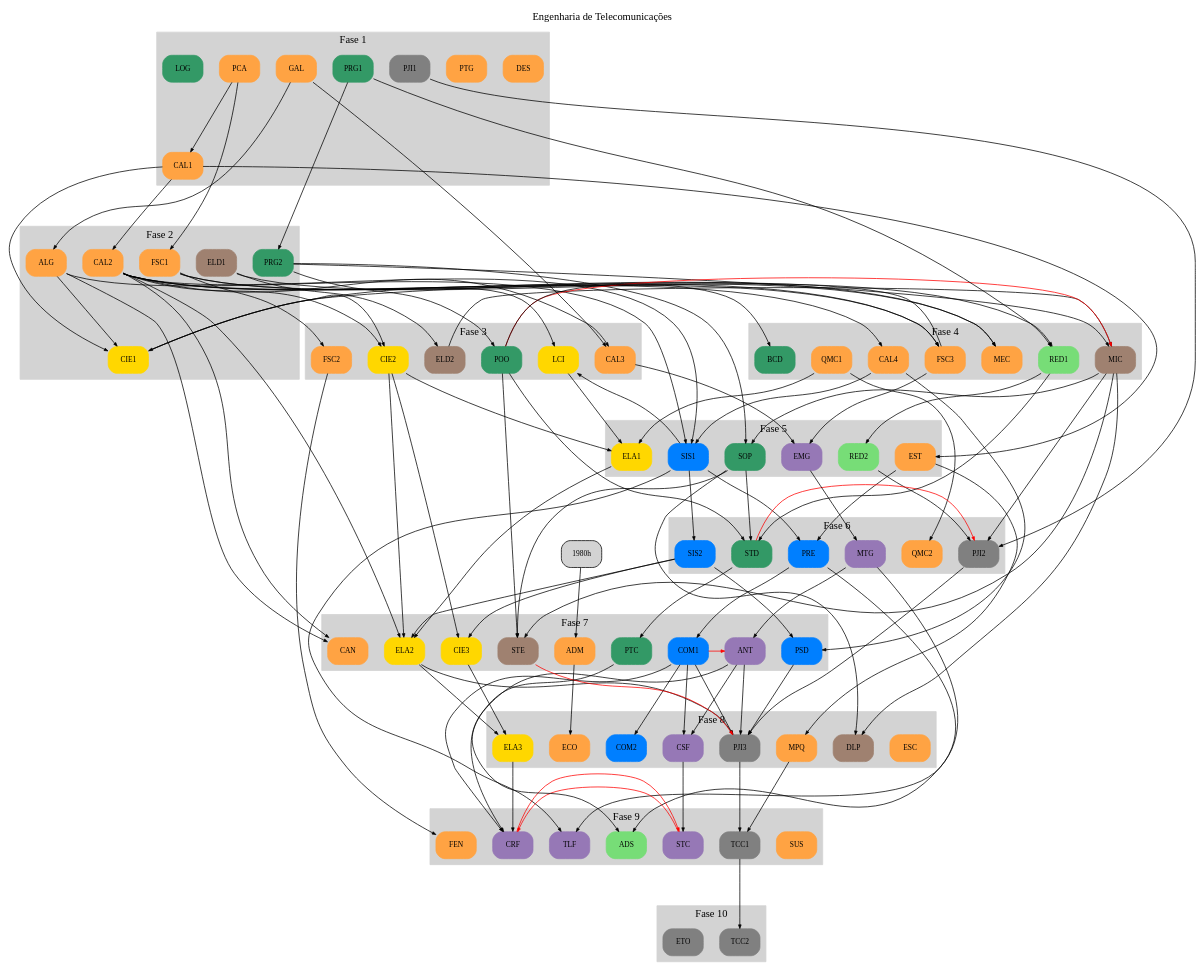
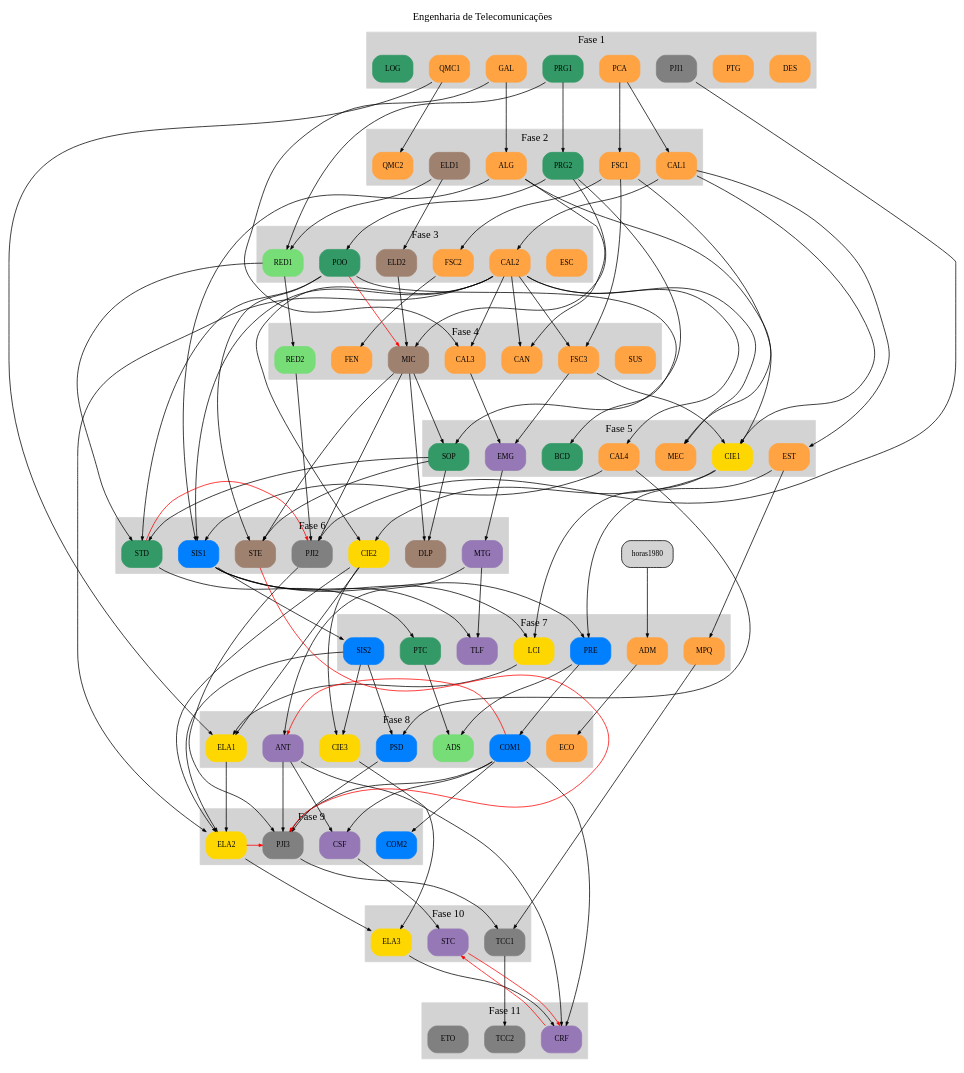
Before and after one commit to emersonmello/grade-dot-engtelecom: the diagram in engtelecom.dot, drawn with Graphviz.

Commit message:
PCL pré CAL1 - 11 fases

```diff
--- a/engtelecom.dot
+++ b/engtelecom.dot
@@ -2,7 +2,7 @@
     layout = dot  // circo, dot, fdp, neato, osage, sfdp, twopi
     label ="Engenharia de Telecomunicações"
     labelloc = t
-    graph [nodesep=0.3, ranksep=1.3, splines=lines] # ortho
+    graph [nodesep=0.3, ranksep=1.3]#, splines=ortho]#, splines=lines] # ortho
     node [labelloc=c fontsize=10, style=filled, shape=box, style="rounded,filled"]
     edge [arrowsize=.5]
 
@@ -10,7 +10,7 @@
     // Pré-requisitos
 
     // Eixo laranja
-    {"1980h"} -> ADM
+    {horas1980} -> ADM
     {} -> DES
     {} -> ESC
     {} -> PTG
@@ -57,8 +57,9 @@
     {} -> PJI1
     {PJI1 RED2 MIC} -> PJI2 # TODO colocar STD como pré-requisito
     {STD} -> PJI2 [color="#FF0000" constraint=false]
-    {PJI2 ANT ELA2 PSD COM1} -> PJI3 # recomendada DLP
+    {PJI2 ANT PSD COM1} -> PJI3 # recomendada DLP # TODO Colocamos ELA2 como coreq
     {STE} -> PJI3 [color="#FF0000" constraint=false]
+    {ELA2}-> PJI3 [color="#FF0000" constraint=false]
     {MPQ PJI3} -> TCC1 # TODO colocar CH como pré-requisito - tirei PTG
     {TCC1} -> TCC2
 
@@ -107,7 +108,7 @@
       style = filled
       color = lightgrey
 
-      LOG GAL DES PJI1 PTG PRG1 CAL1 PCA
+      LOG PCA PJI1 GAL PTG DES PRG1 QMC1
     }
 
     subgraph cluster_fase2 {
@@ -115,7 +116,7 @@
       style = filled
       color = lightgrey
 
-      CAL2 FSC1 ALG ELD1 CIE1 PRG2
+      CAL1 FSC1 ALG ELD1 PRG2 QMC2
     }
 
     subgraph clusterFase3 {
@@ -123,7 +124,7 @@
       style = filled
       color = lightgrey
 
-      CAL3 FSC2 CIE2 MEC LCI POO ELD2
+      CAL2 FSC2 ELD2 POO RED1 ESC
     }
 
     subgraph clusterFase4 {
@@ -131,7 +132,8 @@
       style=filled
       color=lightgrey
 
-      RED1 MEC FSC3 BCD CAL4  MIC QMC1
+      RED2 MIC CAL3 FSC3 FEN CAN SUS 
+    
     }
 
     subgraph cluster_fase5 {
@@ -139,7 +141,7 @@
       style=filled
       color=lightgrey
 
-      SIS1 EST RED2 EMG  ELA1  SOP
+      CAL4 EMG CIE1 BCD SOP EST MEC
     }
 
 
@@ -148,7 +150,7 @@
       style=filled
       color=lightgrey
 
-      SIS2 MTG PRE   PJI2 STD QMC2
+      SIS1 CIE2 STD PJI2 MTG STE DLP
     }
 
     subgraph cluster_fase7 {
@@ -156,7 +158,7 @@
       style=filled
       color=lightgrey
 
-      ELA2 CIE3 PSD ANT STE COM1 CAN PTC ADM
+     LCI TLF PRE SIS2 PTC MPQ ADM
     }
 
     subgraph cluster_fase8 {
@@ -164,7 +166,7 @@
       style=filled
       color=lightgrey
 
-      MPQ CSF COM2 ELA3 DLP ESC BCD PJI3 ECO
+      ELA1 CIE3 ADS PSD COM1 ANT ECO
     }
 
     subgraph cluster_fase9 {
@@ -172,7 +174,7 @@
       style=filled
       color=lightgrey
 
-      ADS  TCC1 STC CRF TLF FEN SUS
+      COM2 ELA2 CSF PJI3 
     }
 
     subgraph cluster_fase10 {
@@ -180,7 +182,15 @@
       style=filled
       color=lightgrey
 
-      TCC2 ETO
+      STC ELA3 TCC1
+    }
+
+    subgraph cluster_fase11 {
+      label = "Fase 11"
+      style=filled
+      color=lightgrey
+
+      TCC2 ETO CRF
     }
 
 
@@ -190,6 +200,7 @@
 
     // propriedades dos nós
 
+    horas1980 [id="1980h"]
 
     ADM [ch=40, color="#FFA343", id=ADM] # TODO pré-requisito 1980h
     ALG [ch=60, color="#FFA343", id=ALG]
```
